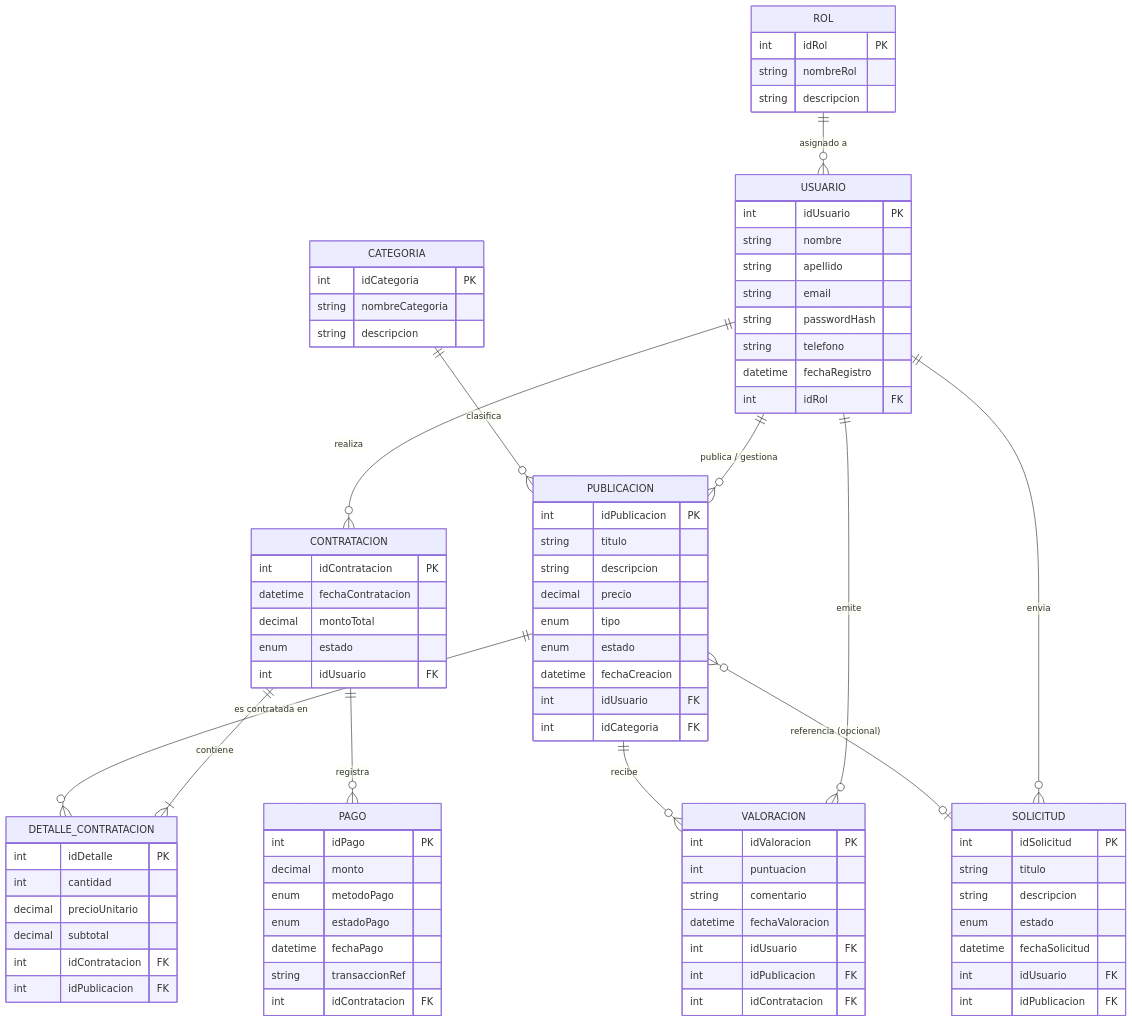
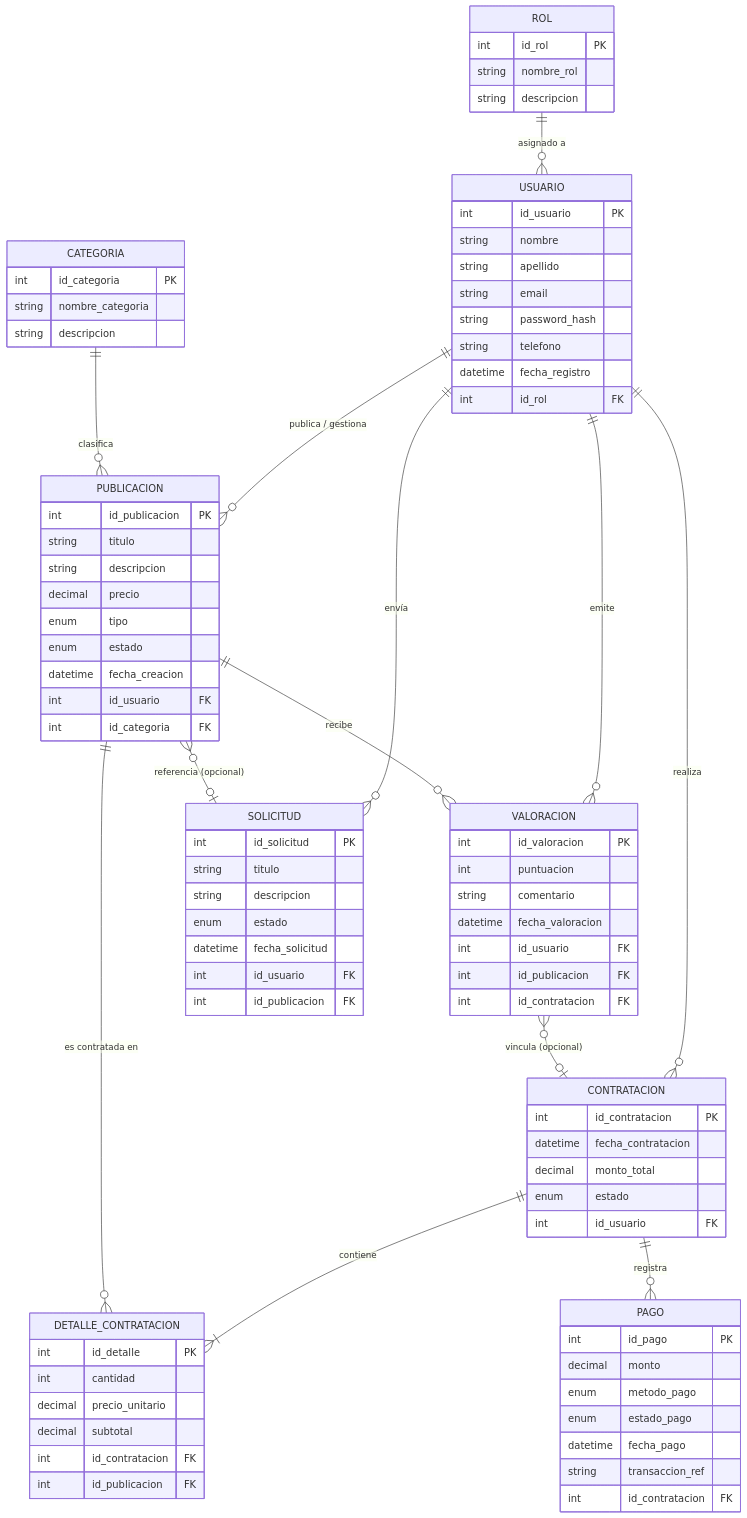
Before and after one commit to Matiuz06/Proyecto_TIS_Classia: the diagram in docs/mer_classia.md, drawn with Mermaid. The commit also changed other lines of this file and 8 other files, not shown here.

````diff
--- a/docs/mer_classia.md
+++ b/docs/mer_classia.md
@@ -18,88 +21,89 @@
     CONTRATACION ||--o{ PAGO : "registra"
     USUARIO ||--o{ VALORACION : "emite"
     PUBLICACION ||--o{ VALORACION : "recibe"
-    USUARIO ||--o{ SOLICITUD : "envia"
+    VALORACION }o--o| CONTRATACION : "vincula (opcional)"
+    USUARIO ||--o{ SOLICITUD : "envía"
     PUBLICACION }o--o| SOLICITUD : "referencia (opcional)"
 
     ROL {
-        int idRol PK
-        string nombreRol
+        int id_rol PK
+        string nombre_rol
         string descripcion
     }
 
     USUARIO {
-        int idUsuario PK
+        int id_usuario PK
         string nombre
         string apellido
         string email
-        string passwordHash
+        string password_hash
         string telefono
-        datetime fechaRegistro
-        int idRol FK
+        datetime fecha_registro
+        int id_rol FK
     }
 
     CATEGORIA {
-        int idCategoria PK
-        string nombreCategoria
+        int id_categoria PK
+        string nombre_categoria
         string descripcion
     }
 
     PUBLICACION {
-        int idPublicacion PK
+        int id_publicacion PK
         string titulo
         string descripcion
         decimal precio
         enum tipo
         enum estado
-        datetime fechaCreacion
-        int idUsuario FK
-        int idCategoria FK
+        datetime fecha_creacion
+        int id_usuario FK
+        int id_categoria FK
+    }
+
+    SOLICITUD {
+        int id_solicitud PK
+        string titulo
+        string descripcion
+        enum estado
+        datetime fecha_solicitud
+        int id_usuario FK
+        int id_publicacion FK
     }
 
     CONTRATACION {
-        int idContratacion PK
-        datetime fechaContratacion
-        decimal montoTotal
+        int id_contratacion PK
+        datetime fecha_contratacion
+        decimal monto_total
         enum estado
-        int idUsuario FK
+        int id_usuario FK
     }
 
     DETALLE_CONTRATACION {
-        int idDetalle PK
+        int id_detalle PK
         int cantidad
-        decimal precioUnitario
+        decimal precio_unitario
         decimal subtotal
-        int idContratacion FK
-        int idPublicacion FK
+        int id_contratacion FK
+        int id_publicacion FK
     }
 
     PAGO {
-        int idPago PK
+        int id_pago PK
         decimal monto
-        enum metodoPago
-        enum estadoPago
-        datetime fechaPago
-        string transaccionRef
-        int idContratacion FK
+        enum metodo_pago
+        enum estado_pago
+        datetime fecha_pago
+        string transaccion_ref
+        int id_contratacion FK
     }
 
     VALORACION {
-        int idValoracion PK
+        int id_valoracion PK
         int puntuacion
         string comentario
-        datetime fechaValoracion
-        int idUsuario FK
-        int idPublicacion FK
-        int idContratacion FK
-    }
-
-    SOLICITUD {
-        int idSolicitud PK
-        string titulo
-        string descripcion
-        enum estado
-        datetime fechaSolicitud
-        int idUsuario FK
-        int idPublicacion FK
+        datetime fecha_valoracion
+        int id_usuario FK
+        int id_publicacion FK
+        int id_contratacion FK
     }
 ```
````
